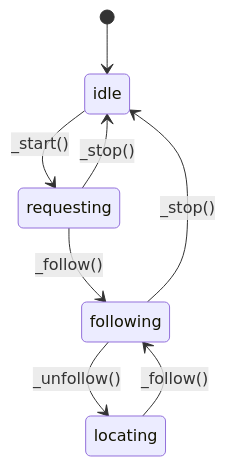
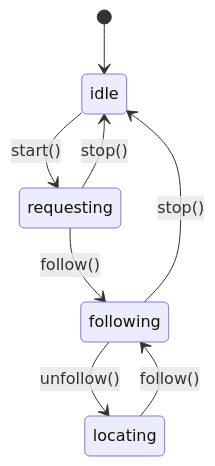
The diagram in README.md (cdupre/leaflet.boating), drawn with Mermaid before and after one commit. The commit also changed other lines of this file and 19 other files, not shown here.

````diff
--- a/README.md
+++ b/README.md
@@ -82,10 +83,10 @@
 ```mermaid
 stateDiagram-v2
     [*] --> idle
-    idle --> requesting: _start()
-    requesting --> idle: _stop()
-    requesting --> following: _follow()
-    following --> idle: _stop()
-    following --> locating: _unfollow()
-    locating --> following: _follow()
+    idle --> requesting: start()
+    requesting --> idle: stop()
+    requesting --> following: follow()
+    following --> idle: stop()
+    following --> locating: unfollow()
+    locating --> following: follow()
 ```
````
